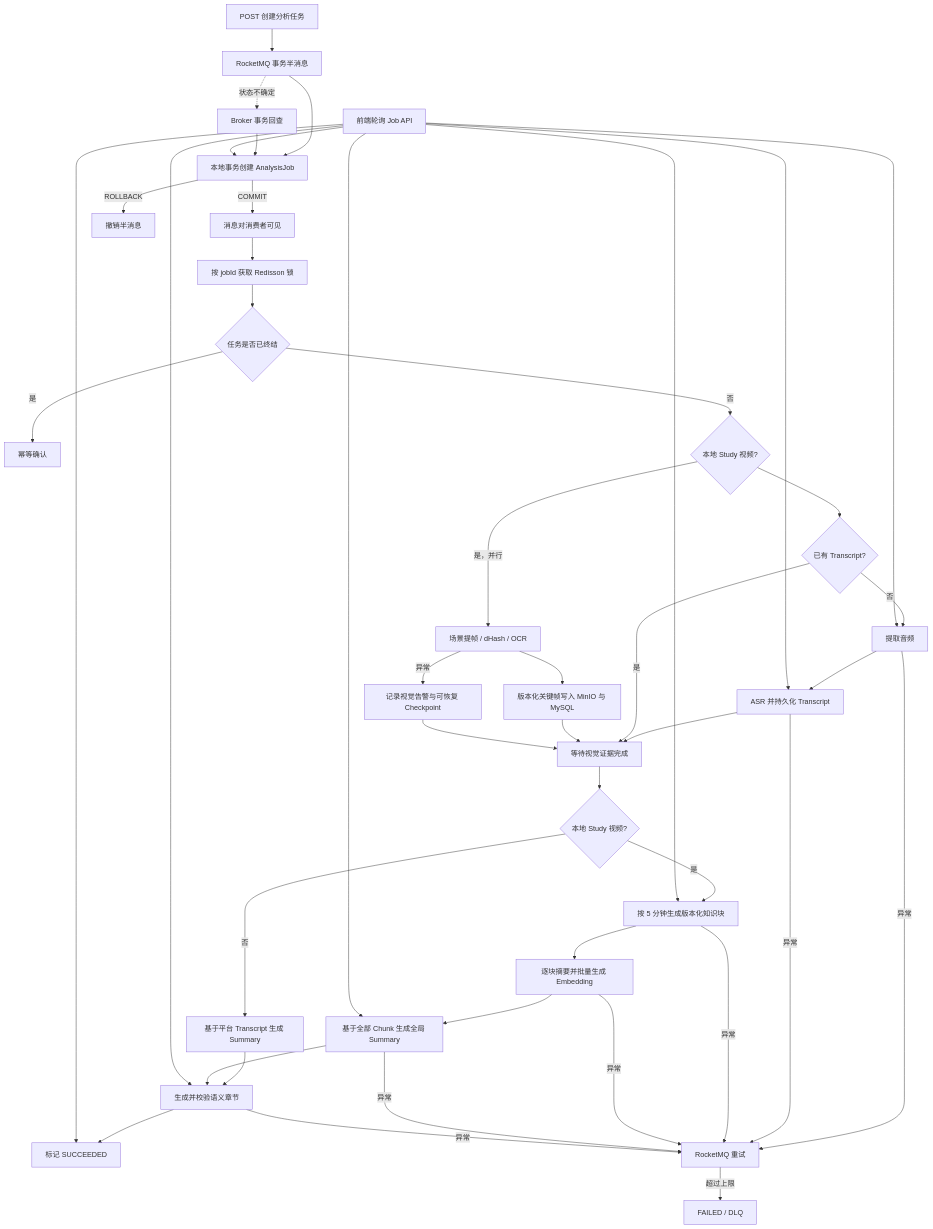
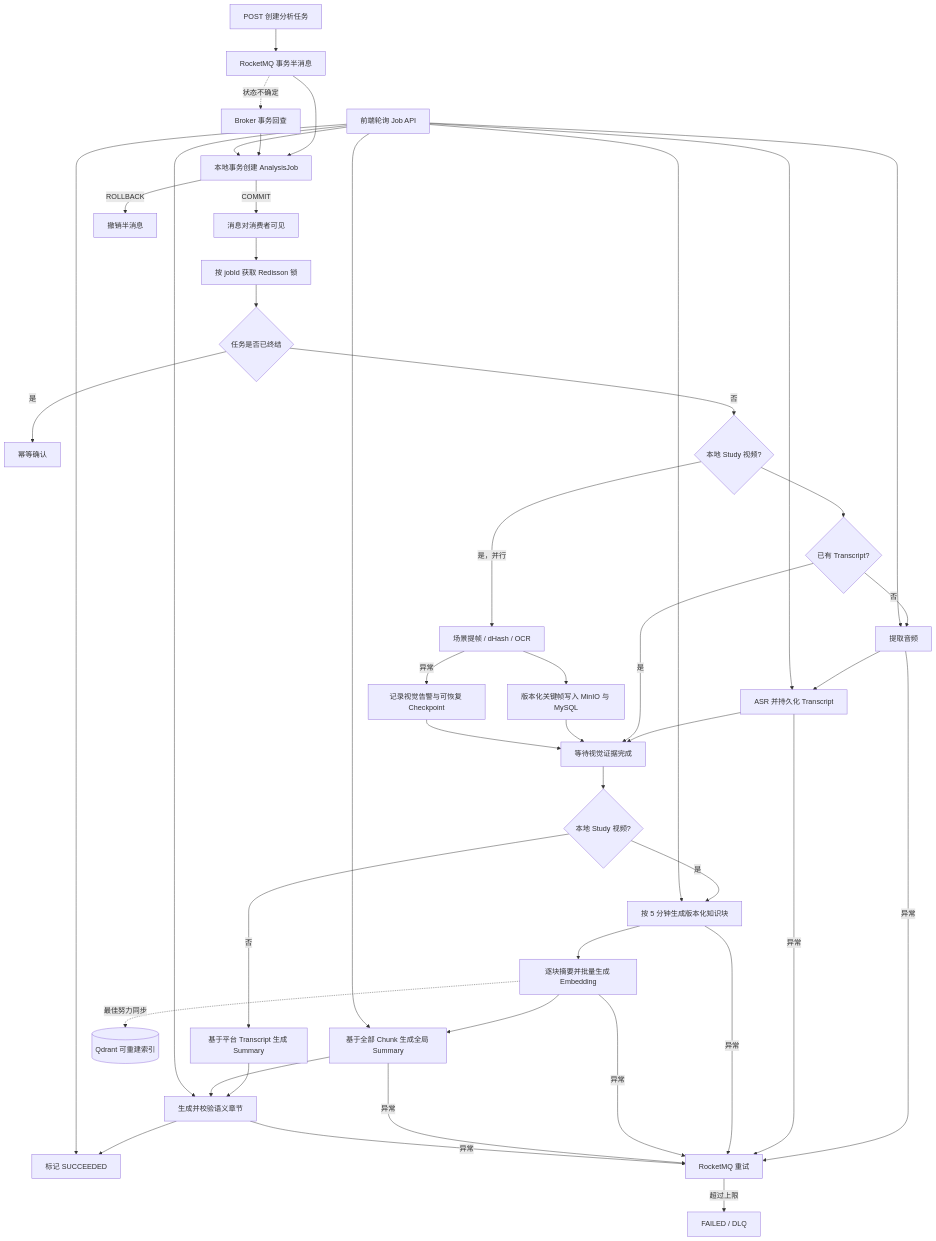
The first of 2 diagrams in README.md (yumestk/VedioMind), drawn with Mermaid before and after one commit. The commit also changed other lines of this file and 12 other files, not shown here.

````diff
--- a/README.md
+++ b/README.md
@@ -46,48 +46,49 @@
 ```mermaid
 flowchart TD
     A[POST 创建分析任务] --> B[RocketMQ 事务半消息]
     B --> C[本地事务创建 AnalysisJob]
     C -->|COMMIT| D[消息对消费者可见]
     C -->|ROLLBACK| E[撤销半消息]
     B -. 状态不确定 .-> F[Broker 事务回查]
     F --> C
 
     D --> G[按 jobId 获取 Redisson 锁]
     G --> H{任务是否已终结}
     H -->|是| I[幂等确认]
     H -->|否| V{本地 Study 视频?}
     V -->|是，并行| W[场景提帧 / dHash / OCR]
     W --> X[版本化关键帧写入 MinIO 与 MySQL]
     V --> R{已有 Transcript?}
     R -->|否| J[提取音频]
     J --> K[ASR 并持久化 Transcript]
     K --> Y[等待视觉证据完成]
     R -->|是| Y
     X --> Y
     W -->|异常| Z[记录视觉告警与可恢复 Checkpoint]
     Z --> Y
     Y --> AA{本地 Study 视频?}
     AA -->|是| AB[按 5 分钟生成版本化知识块]
     AB --> AC[逐块摘要并批量生成 Embedding]
     AC --> L[基于全部 Chunk 生成全局 Summary]
+    AC -. 最佳努力同步 .-> AE[(Qdrant 可重建索引)]
     AA -->|否| AD[基于平台 Transcript 生成 Summary]
     AD --> Q[生成并校验语义章节]
     L --> Q
     Q --> M[标记 SUCCEEDED]
 
     J -->|异常| N[RocketMQ 重试]
     K -->|异常| N
     AB -->|异常| N
     AC -->|异常| N
     L -->|异常| N
     Q -->|异常| N
     N -->|超过上限| O[FAILED / DLQ]
 
     P[前端轮询 Job API] --> C
     P --> J
     P --> K
     P --> AB
     P --> L
     P --> Q
     P --> M
 ```
````
